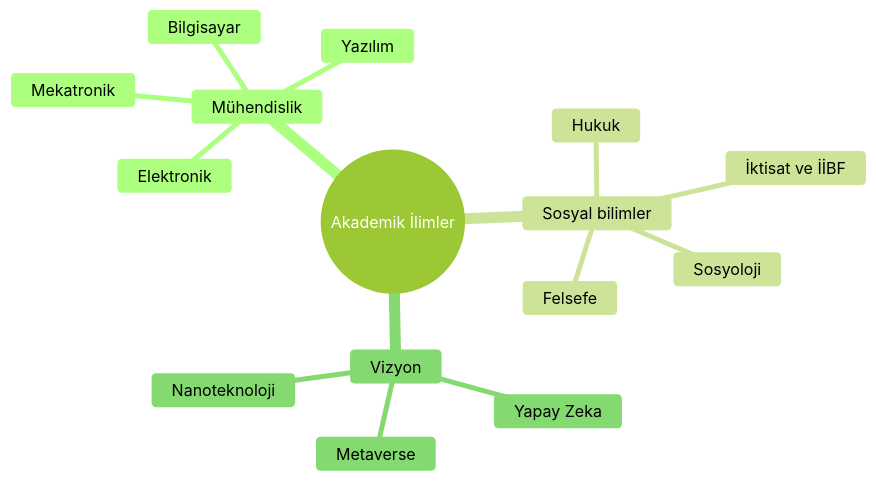
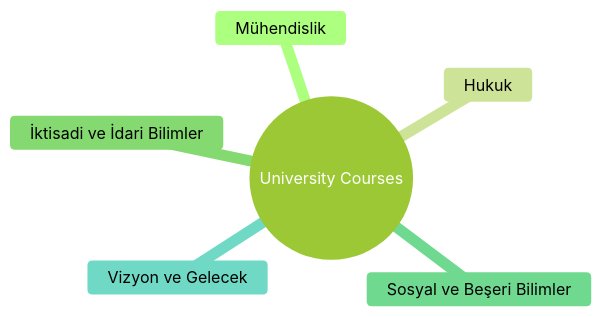
The diagram in readme.md (bahattinyunus/university-courses), drawn with Mermaid (forest theme) before and after one commit. The commit also changed other lines of this file and 1 other file, not shown here.

Commit message:
docs: branding update to University Courses and structure fix

````diff
--- a/readme.md
+++ b/readme.md
@@ -42,18 +41,9 @@
 ```mermaid
 mindmap
-  root((Akademik İlimler))
+  root((University Courses))
     Mühendislik
-      Mekatronik
-      Bilgisayar
-      Yazılım
-      Elektronik
-    Sosyal bilimler
-      Hukuk
-      İktisat ve İİBF
-      Sosyoloji
-      Felsefe
-    Vizyon
-      Yapay Zeka
-      Metaverse
-      Nanoteknoloji
+    Hukuk
+    İktisadi ve İdari Bilimler
+    Sosyal ve Beşeri Bilimler
+    Vizyon ve Gelecek
 ```
````
